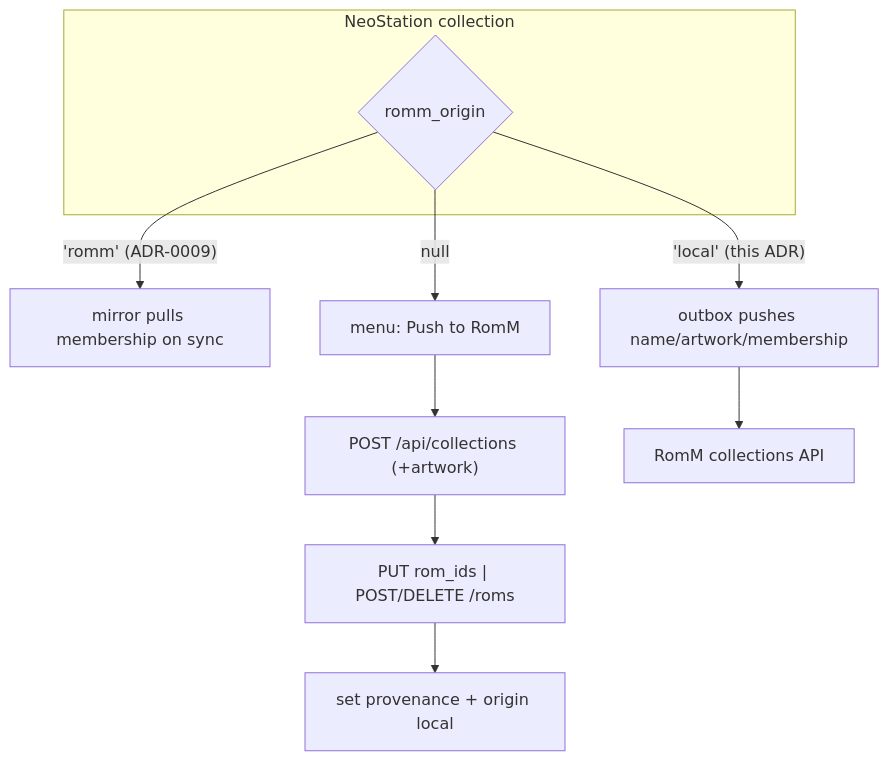
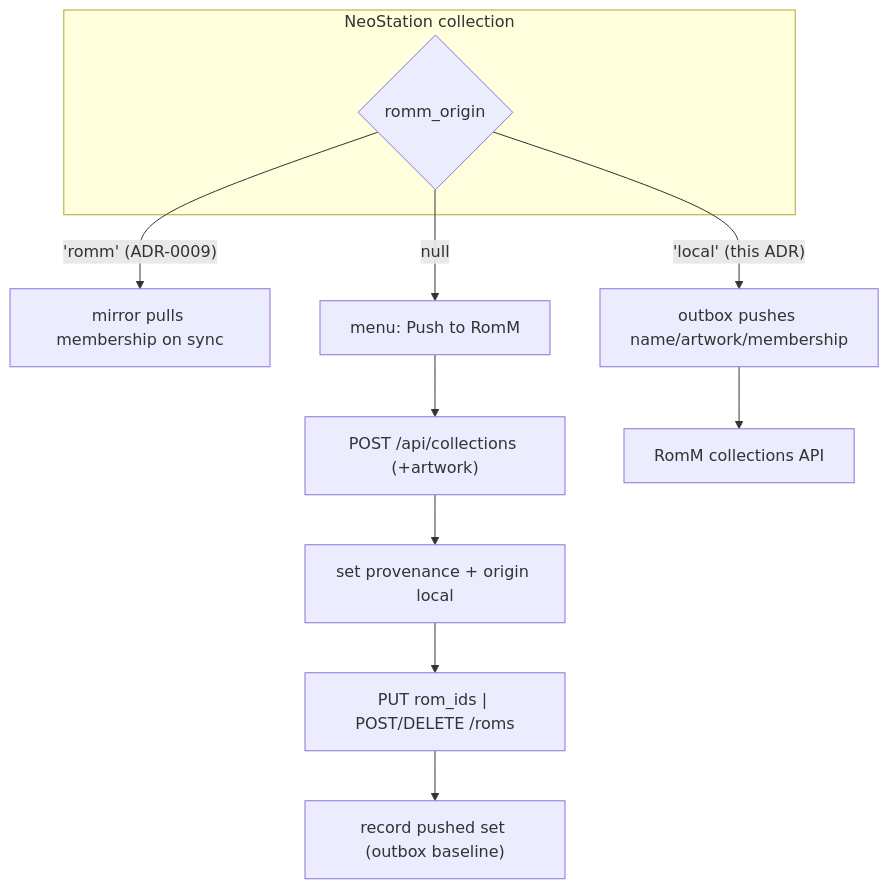
The diagram in sdd/adrs/ADR-0015-push-local-collections-to-romm.md (jonstump/neostation-frontend), drawn with Mermaid before and after one commit. The commit also changed other lines of this file and 7 other files, not shown here.

````diff
--- a/sdd/adrs/ADR-0015-push-local-collections-to-romm.md
+++ b/sdd/adrs/ADR-0015-push-local-collections-to-romm.md
@@ -76,13 +76,14 @@
 ```mermaid
 flowchart TD
     subgraph local["NeoStation collection"]
         O{"romm_origin"}
     end
     O -- "'romm' (ADR-0009)" --> Pull["mirror pulls membership on sync"]
     O -- "'local' (this ADR)" --> Push["outbox pushes name/artwork/membership"]
     O -- "null" --> Menu["menu: Push to RomM"]
     Menu --> Create["POST /api/collections (+artwork)"]
-    Create --> Members["PUT rom_ids | POST/DELETE /roms"]
-    Members --> Set["set provenance + origin local"]
+    Create --> Set["set provenance + origin local"]
+    Set --> Members["PUT rom_ids | POST/DELETE /roms"]
+    Members --> Base["record pushed set (outbox baseline)"]
     Push --> API["RomM collections API"]
 ```
````
